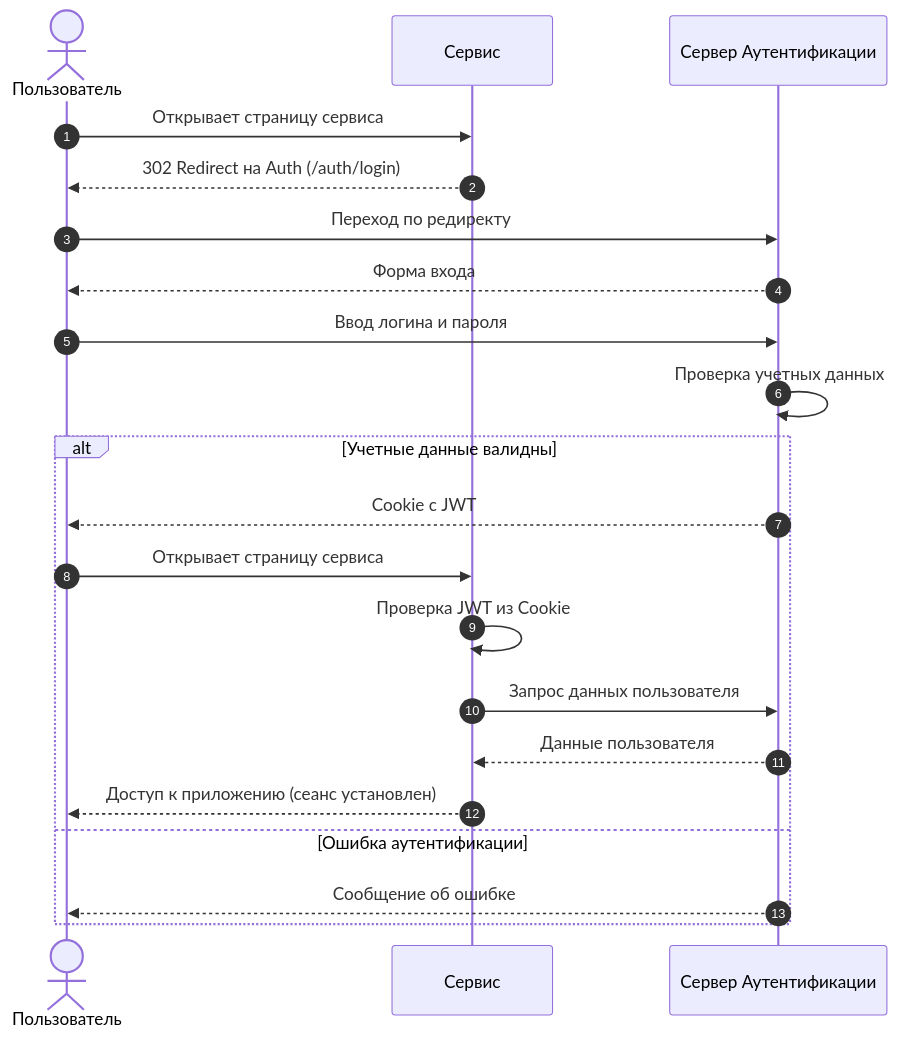
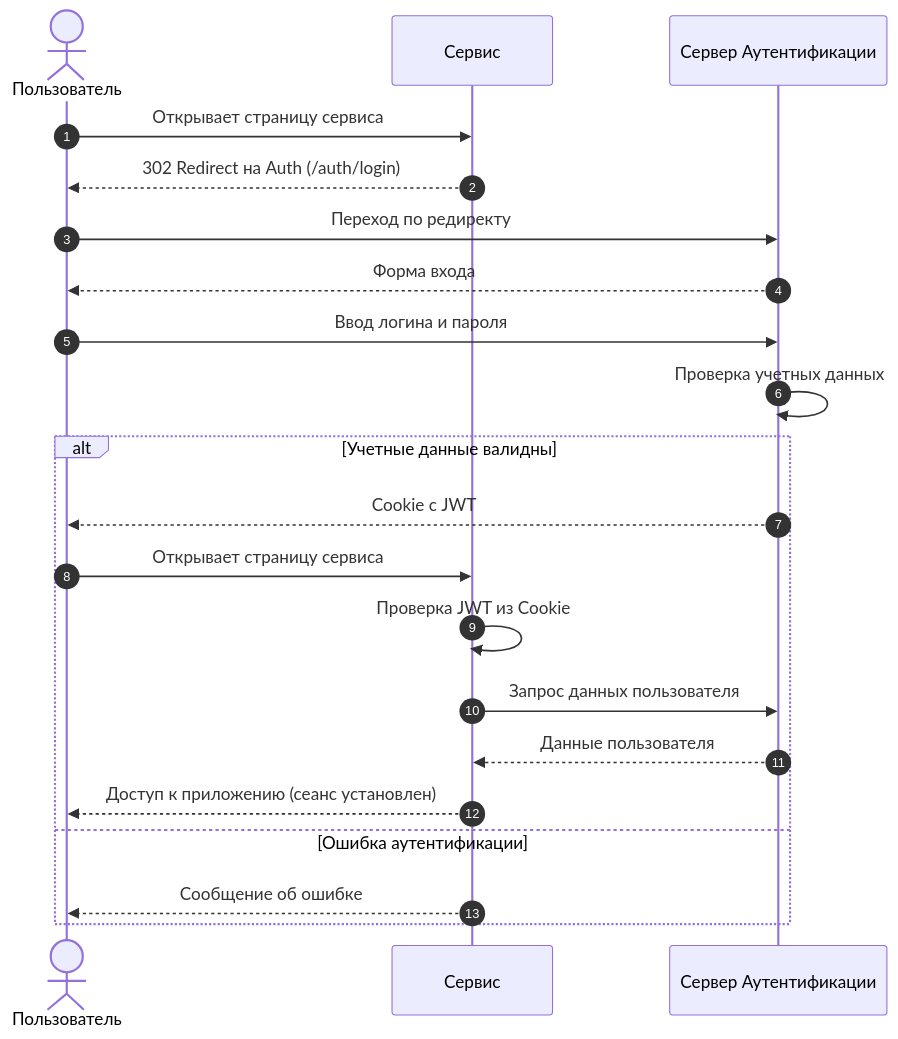
Before and after one commit to developer-rulink/rulink-docs: the diagram in auth/docs/index.md, drawn with Mermaid. The commit also changed other lines of this file and 1 other file, not shown here.

````diff
--- a/auth/docs/index.md
+++ b/auth/docs/index.md
@@ -14,25 +14,25 @@
 ```mermaid
 sequenceDiagram
     autonumber
     actor User as Пользователь
     participant Service as Сервис    
     participant Auth as Сервер Аутентификации
 
 
     User->>Service: Открывает страницу сервиса
     Service-->>User: 302 Redirect на Auth (/auth/login)
     User->>Auth: Переход по редиректу
     Auth-->>User: Форма входа
     User->>Auth: Ввод логина и пароля
     Auth->>Auth: Проверка учетных данных
     alt Учетные данные валидны
         Auth-->>User: Cookie с JWT
         User->>Service: Открывает страницу сервиса  
         Service->>Service: Проверка JWT из Cookie
         Service->>Auth: Запрос данных пользователя
         Auth-->>Service: Данные пользователя
         Service-->>User: Доступ к приложению (сеанс установлен)
     else Ошибка аутентификации
-        Auth-->>User: Сообщение об ошибке
+        Service-->>User: Сообщение об ошибке
     end
 ```
````
